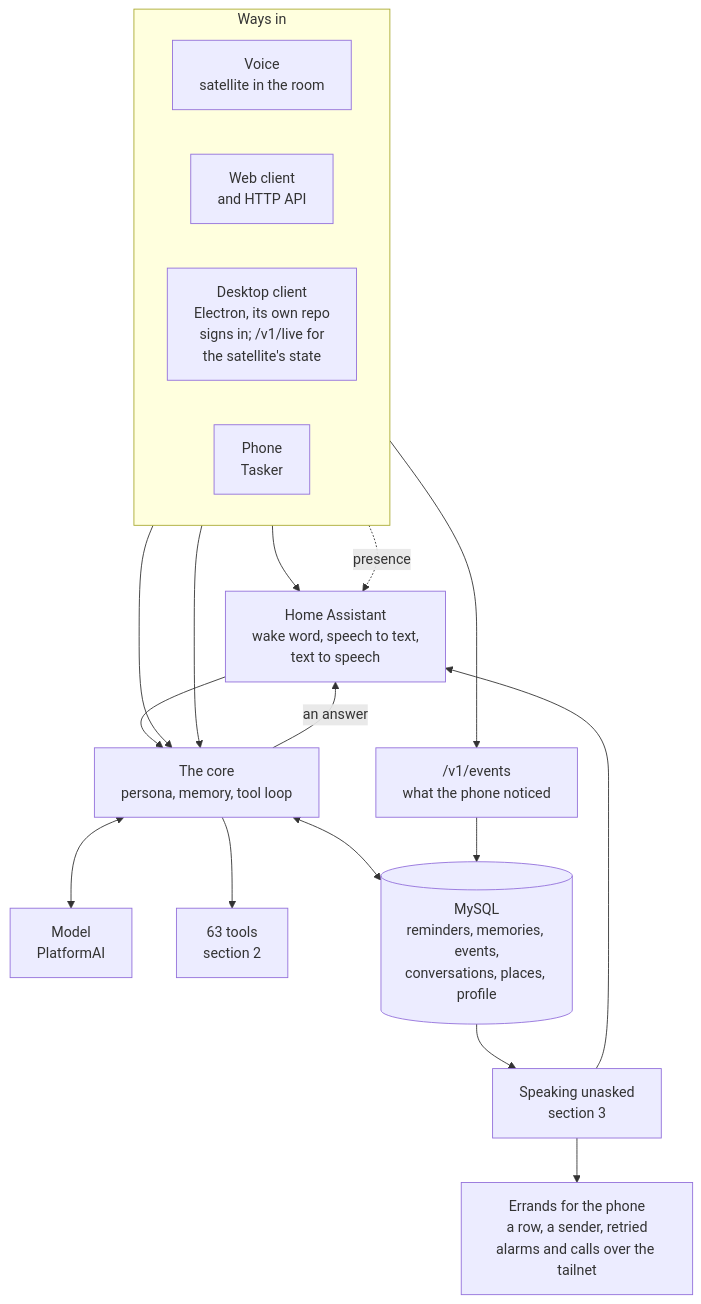
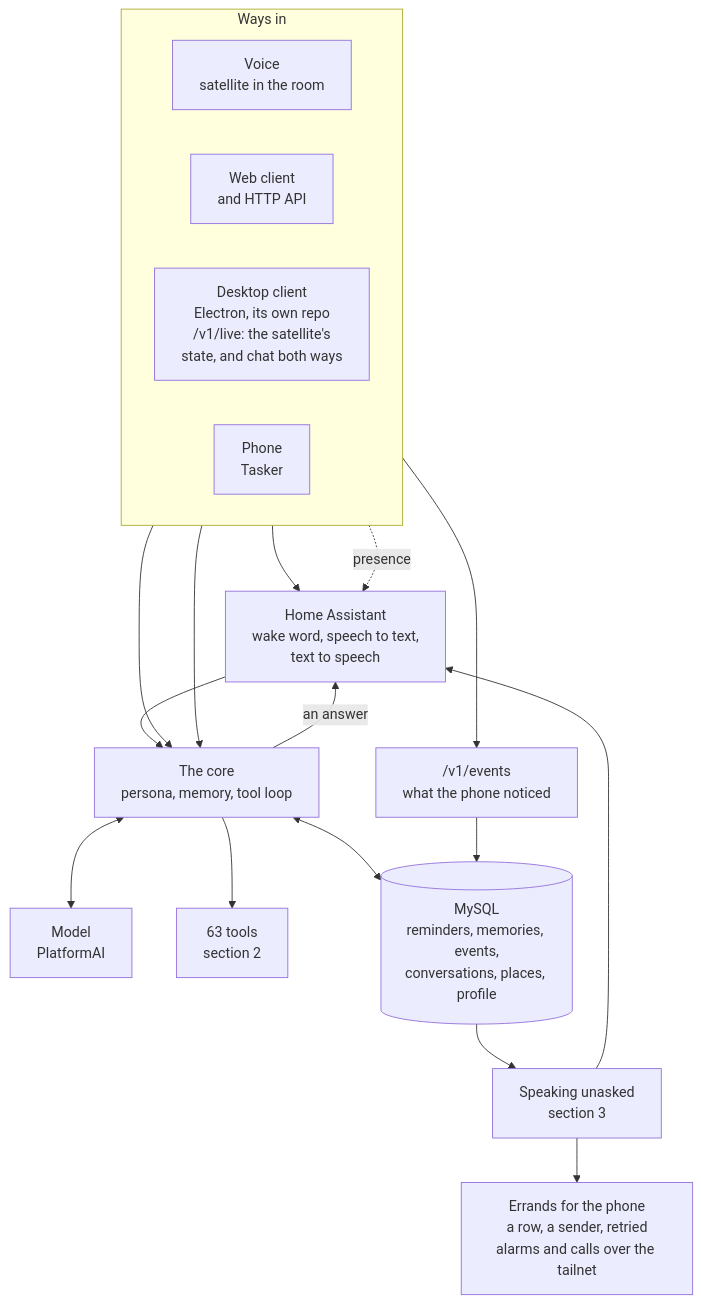
The first of 5 diagrams in FEATURES.md (DhanushRamesh/personal-assistant), drawn with Mermaid before and after one commit. The commit also changed 6 other files, not shown here.

````diff
--- a/FEATURES.md
+++ b/FEATURES.md
@@ -19,38 +19,38 @@
 ```mermaid
 flowchart TB
     subgraph IN["Ways in"]
         direction LR
         SAT["Voice<br/>satellite in the room"]
         WEB["Web client<br/>and HTTP API"]
-        DESK["Desktop client<br/>Electron, its own repo<br/>signs in; /v1/live for<br/>the satellite's state"]
+        DESK["Desktop client<br/>Electron, its own repo<br/>/v1/live: the satellite's<br/>state, and chat both ways"]
         PHONE["Phone<br/>Tasker"]
     end
 
     HA["Home Assistant<br/>wake word, speech to text,<br/>text to speech"]
     EVENTS["/v1/events<br/>what the phone noticed"]
 
     SAT --> HA
     PHONE --> EVENTS
     PHONE -. "presence" .-> HA
     HA --> CORE
     WEB --> CORE
     DESK --> CORE
 
     CORE["The core<br/>persona, memory, tool loop"]
     MODEL["Model<br/>PlatformAI"]
     TOOLS["63 tools<br/>section 2"]
     DB[("MySQL<br/>reminders, memories, events,<br/>conversations, places, profile")]
 
     CORE <--> MODEL
     CORE --> TOOLS
     CORE <--> DB
     EVENTS --> DB
     CORE -- "an answer" --> HA
 
     UNASKED["Speaking unasked<br/>section 3"]
     ALARMS["Errands for the phone<br/>a row, a sender, retried<br/>alarms and calls over the tailnet"]
 
     DB --> UNASKED
     UNASKED --> HA
     UNASKED --> ALARMS
 ```
````
